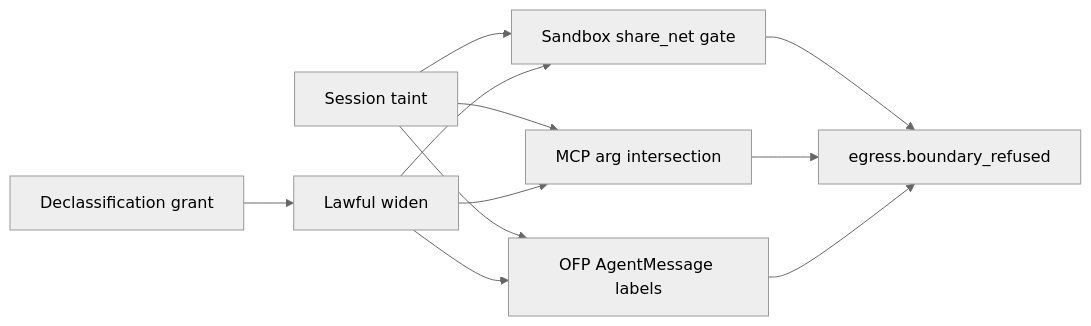
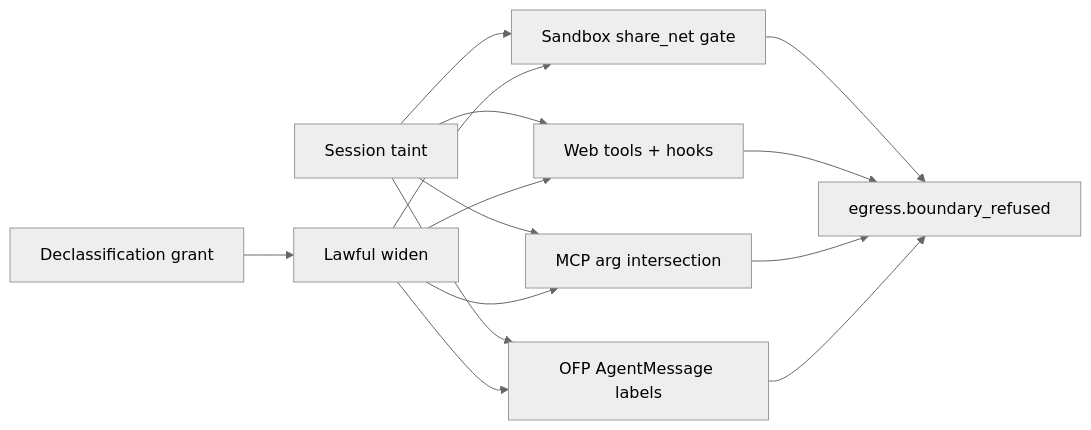
Before and after one commit to mandubian/autonoetic: the diagram in docs/plan-egress-phase4-909.md, drawn with Mermaid (neutral theme). The commit also changed other lines of this file and 17 other files, not shown here.

````diff
--- a/docs/plan-egress-phase4-909.md
+++ b/docs/plan-egress-phase4-909.md
@@ -45,13 +48,16 @@
 ```mermaid
 flowchart LR
   taint[Session taint] --> sandbox[Sandbox share_net gate]
+  taint --> web[Web tools + hooks]
   taint --> mcp[MCP arg intersection]
   taint --> ofp[OFP AgentMessage labels]
   declass[Declassification grant] --> widen[Lawful widen]
   widen --> sandbox
+  widen --> web
   widen --> mcp
   widen --> ofp
   sandbox --> refused[egress.boundary_refused]
+  web --> refused
   mcp --> refused
   ofp --> refused
 ```
````
